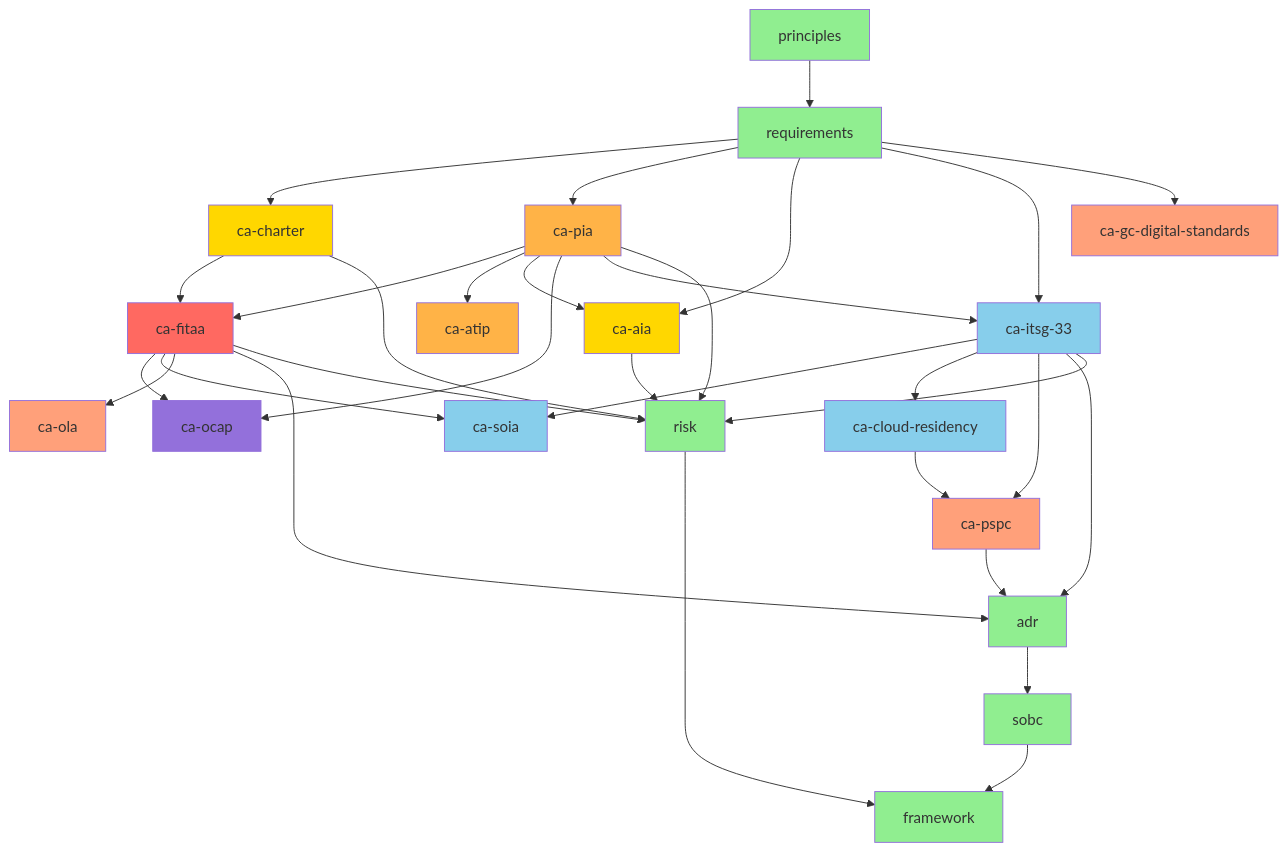
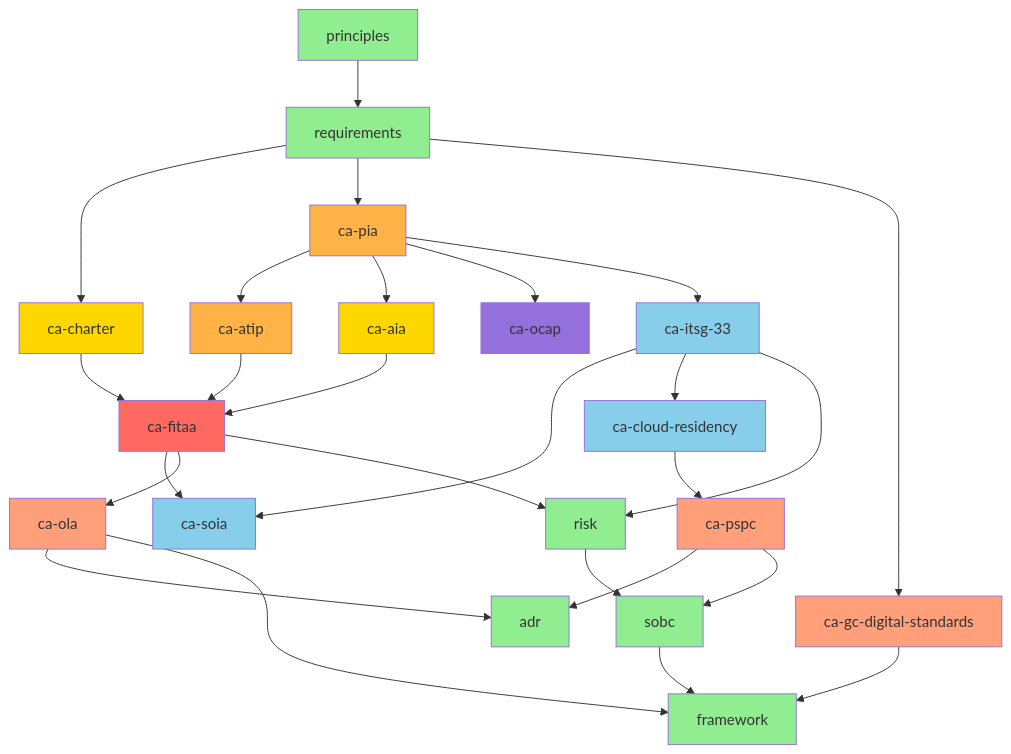
Before and after one commit to tractorjuice/arc-kit: the seventh of 14 diagrams in docs/WORKFLOW-DIAGRAMS.md, drawn with Mermaid. The commit also changed other lines of this file, not shown here.

First line of the commit message:
docs: redraw WORKFLOW-DIAGRAMS.md from the dependency data

````diff
--- a/docs/WORKFLOW-DIAGRAMS.md
+++ b/docs/WORKFLOW-DIAGRAMS.md
@@ -649,61 +913,66 @@
 ```mermaid
 graph TD
-    %% Foundation
-    A[principles] --> B[requirements]
-    B --> C1[ca-charter]
-    B --> C2[ca-pia]
+    principles[principles]
+    requirements[requirements]
+    ca_charter[ca-charter]
+    ca_pia[ca-pia]
+    ca_fitaa[ca-fitaa]
+    ca_atip[ca-atip]
+    ca_aia[ca-aia]
+    ca_ocap[ca-ocap]
+    ca_itsg_33[ca-itsg-33]
+    ca_soia[ca-soia]
+    ca_cloud_residency[ca-cloud-residency]
+    ca_ola[ca-ola]
+    ca_gc_digital_standards[ca-gc-digital-standards]
+    ca_pspc[ca-pspc]
+    adr[adr]
+    sobc[sobc]
+    risk[risk]
+    framework[framework]
 
-    %% FITAA core path
-    C1 --> D[ca-fitaa]
-    C2 --> D
-    C2 --> E[ca-atip]
-    B --> F[ca-aia]
-    C2 --> F
-    D --> G[ca-ocap]
-    C2 --> G
+    principles --> requirements
+    requirements --> ca_charter
+    requirements --> ca_pia
+    ca_charter --> ca_fitaa
+    ca_atip --> ca_fitaa
+    ca_aia --> ca_fitaa
+    ca_pia --> ca_atip
+    ca_pia --> ca_aia
+    ca_pia --> ca_ocap
+    ca_pia --> ca_itsg_33
+    ca_fitaa --> ca_soia
+    ca_itsg_33 --> ca_soia
+    ca_itsg_33 --> ca_cloud_residency
+    ca_fitaa --> ca_ola
+    requirements --> ca_gc_digital_standards
+    ca_cloud_residency --> ca_pspc
+    ca_ola --> adr
+    ca_pspc --> adr
+    ca_pspc --> sobc
+    risk --> sobc
+    ca_fitaa --> risk
+    ca_itsg_33 --> risk
+    ca_ola --> framework
+    ca_gc_digital_standards --> framework
+    sobc --> framework
 
-    %% Security stream
-    B --> H[ca-itsg-33]
-    C2 --> H
-    D --> I[ca-soia]
-    H --> I
-    H --> J[ca-cloud-residency]
-
-    %% Service-side compliance
-    D --> K[ca-ola]
-    B --> L[ca-gc-digital-standards]
-
-    %% Procurement and cross-cutting
-    H --> M[ca-pspc]
-    J --> M
-    M --> N[adr]
-    D --> N
-    H --> N
-    N --> O[sobc]
-    D --> P[risk]
-    C2 --> P
-    F --> P
-    C1 --> P
-    H --> P
-    O --> Q[framework]
-    P --> Q
-
-    style A fill:#90EE90
-    style B fill:#90EE90
-    style C1 fill:#FFD700
-    style C2 fill:#FFB347
-    style D fill:#FF6961
-    style E fill:#FFB347
-    style F fill:#FFD700
-    style G fill:#9370DB
-    style H fill:#87CEEB
-    style I fill:#87CEEB
-    style J fill:#87CEEB
-    style K fill:#FFA07A
-    style L fill:#FFA07A
-    style M fill:#FFA07A
-    style N fill:#90EE90
-    style O fill:#90EE90
-    style P fill:#90EE90
-    style Q fill:#90EE90
+    style principles fill:#90EE90
+    style requirements fill:#90EE90
+    style ca_charter fill:#FFD700
+    style ca_pia fill:#FFB347
+    style ca_fitaa fill:#FF6961
+    style ca_atip fill:#FFB347
+    style ca_aia fill:#FFD700
+    style ca_ocap fill:#9370DB
+    style ca_itsg_33 fill:#87CEEB
+    style ca_soia fill:#87CEEB
+    style ca_cloud_residency fill:#87CEEB
+    style ca_ola fill:#FFA07A
+    style ca_gc_digital_standards fill:#FFA07A
+    style ca_pspc fill:#FFA07A
+    style adr fill:#90EE90
+    style sobc fill:#90EE90
+    style risk fill:#90EE90
+    style framework fill:#90EE90
 ```
````
